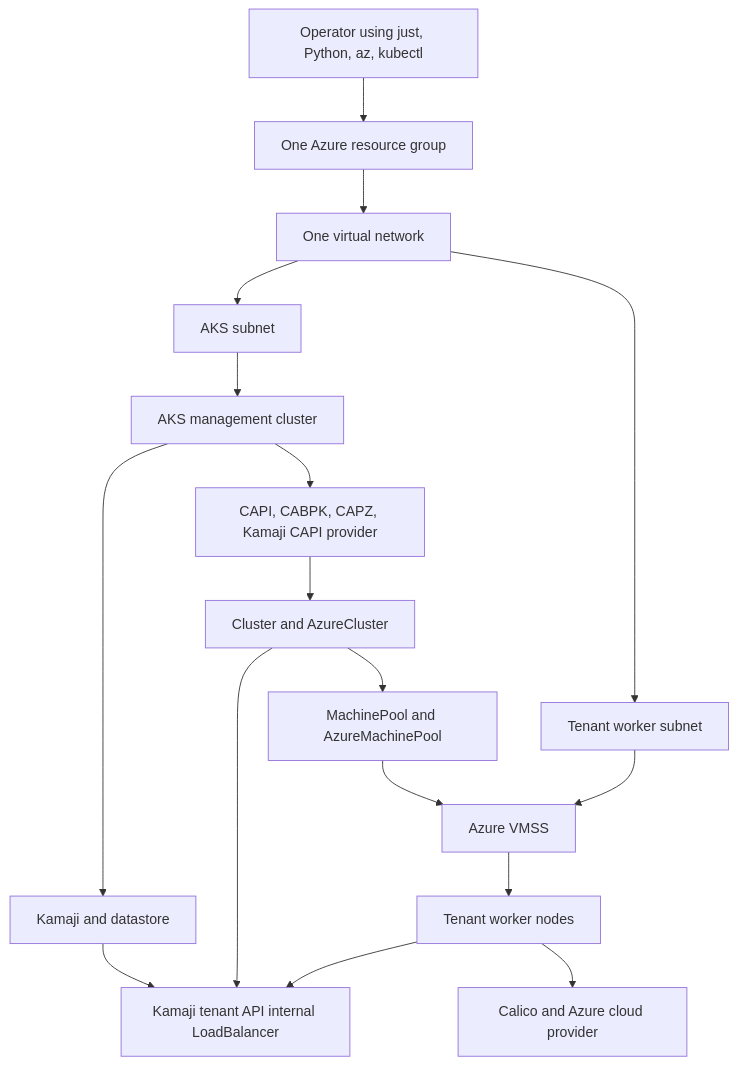
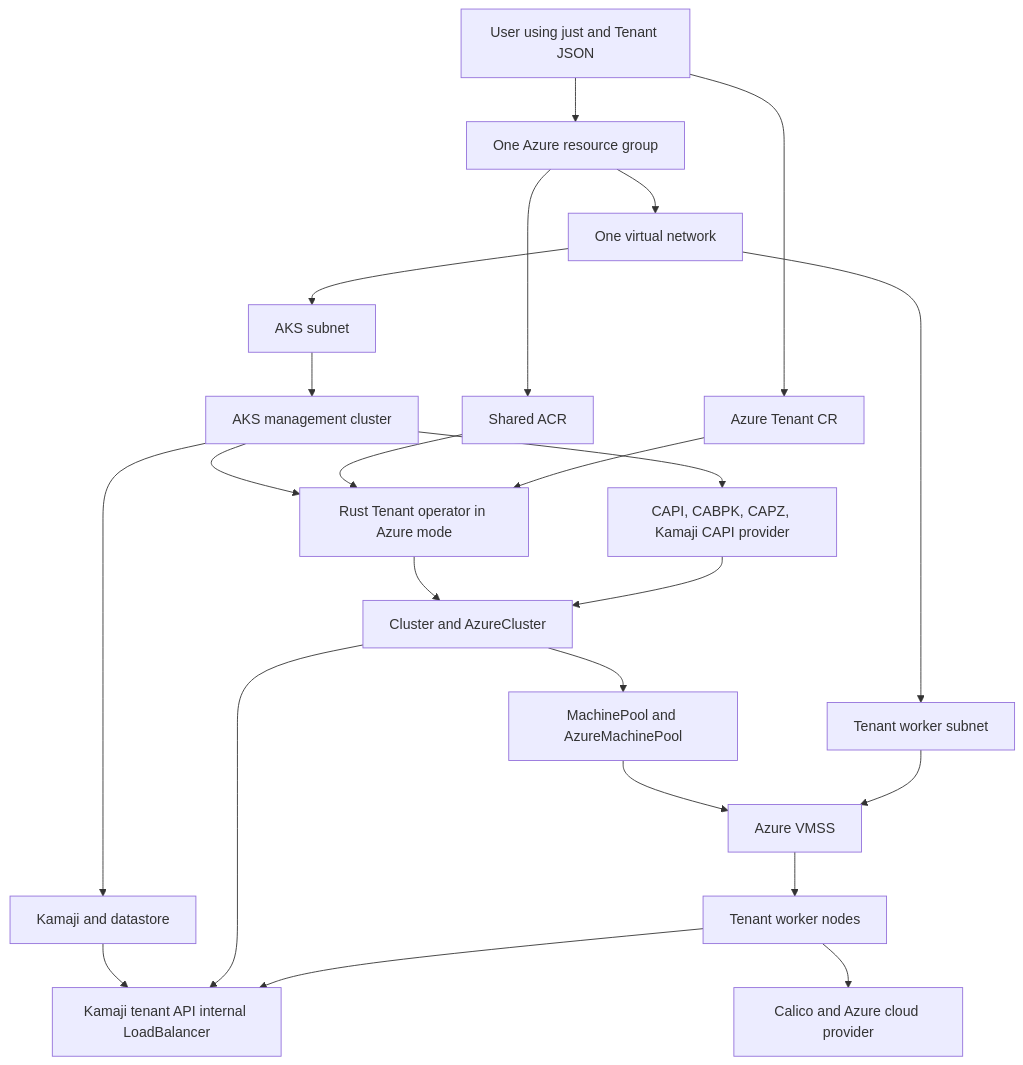
Before and after one commit to youyuanwu/cnpg-vcluster: the diagram in capi/docs/azure-experiment-design.md, drawn with Mermaid. The commit also changed other lines of this file and 70 other files, not shown here.

First line of the commit message:
[Azure Tenant Provider] Move Azure tenant lifecycle into the operator (#27)

````diff
--- a/capi/docs/azure-experiment-design.md
+++ b/capi/docs/azure-experiment-design.md
@@ -83,34 +83,43 @@
 ```mermaid
 flowchart TB
-  Operator[Operator using just, Python, az, kubectl]
+  User[User using just and Tenant JSON]
   AzureRG[One Azure resource group]
   VNet[One virtual network]
   AKSSubnet[AKS subnet]
   TenantSubnet[Tenant worker subnet]
   AKS[AKS management cluster]
+  ACR[Shared ACR]
   Controllers[CAPI, CABPK, CAPZ, Kamaji CAPI provider]
+  TenantOperator[Rust Tenant operator in Azure mode]
+  TenantCR[Azure Tenant CR]
   Kamaji[Kamaji and datastore]
   TenantAPI[Kamaji tenant API internal LoadBalancer]
   Cluster[Cluster and AzureCluster]
   Pool[MachinePool and AzureMachinePool]
   VMSS[Azure VMSS]
   Workers[Tenant worker nodes]
   Addons[Calico and Azure cloud provider]
 
-  Operator --> AzureRG
+  User --> TenantCR
+  User --> AzureRG
   AzureRG --> VNet
+  AzureRG --> ACR
   VNet --> AKSSubnet
   VNet --> TenantSubnet
   AKSSubnet --> AKS
   AKS --> Controllers
+  AKS --> TenantOperator
+  ACR --> TenantOperator
+  TenantCR --> TenantOperator
+  TenantOperator --> Cluster
   AKS --> Kamaji
   Kamaji --> TenantAPI
   Controllers --> Cluster
   Cluster --> TenantAPI
   Cluster --> Pool
   Pool --> VMSS
   TenantSubnet --> VMSS
   VMSS --> Workers
   Workers --> TenantAPI
   Workers --> Addons
 ```
````
